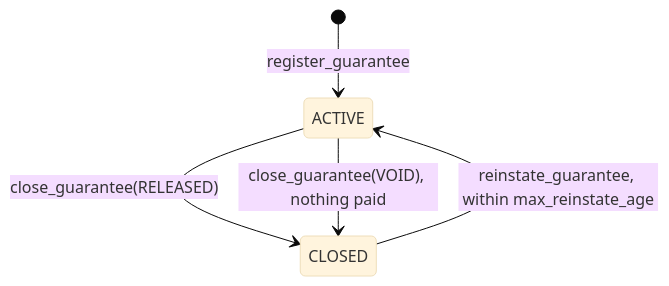
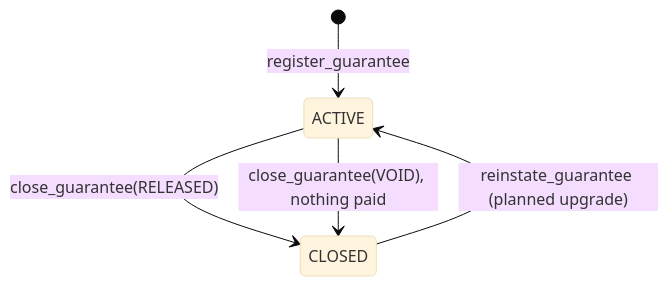
Before and after one commit to mutav-finance/mutav-protocol-solana: the first of 2 diagrams in docs/for-agencies/guarantee-lifecycle.md, drawn with Mermaid (base theme). The commit also changed other lines of this file and 13 other files, not shown here.

````diff
--- a/docs/for-agencies/guarantee-lifecycle.md
+++ b/docs/for-agencies/guarantee-lifecycle.md
@@ -41,7 +41,7 @@
 ```mermaid
 stateDiagram-v2
   [*] --> ACTIVE: register_guarantee
   ACTIVE --> CLOSED: close_guarantee(RELEASED)
   ACTIVE --> CLOSED: close_guarantee(VOID), nothing paid
-  CLOSED --> ACTIVE: reinstate_guarantee, within max_reinstate_age
+  CLOSED --> ACTIVE: reinstate_guarantee (planned upgrade)
 ```
````
